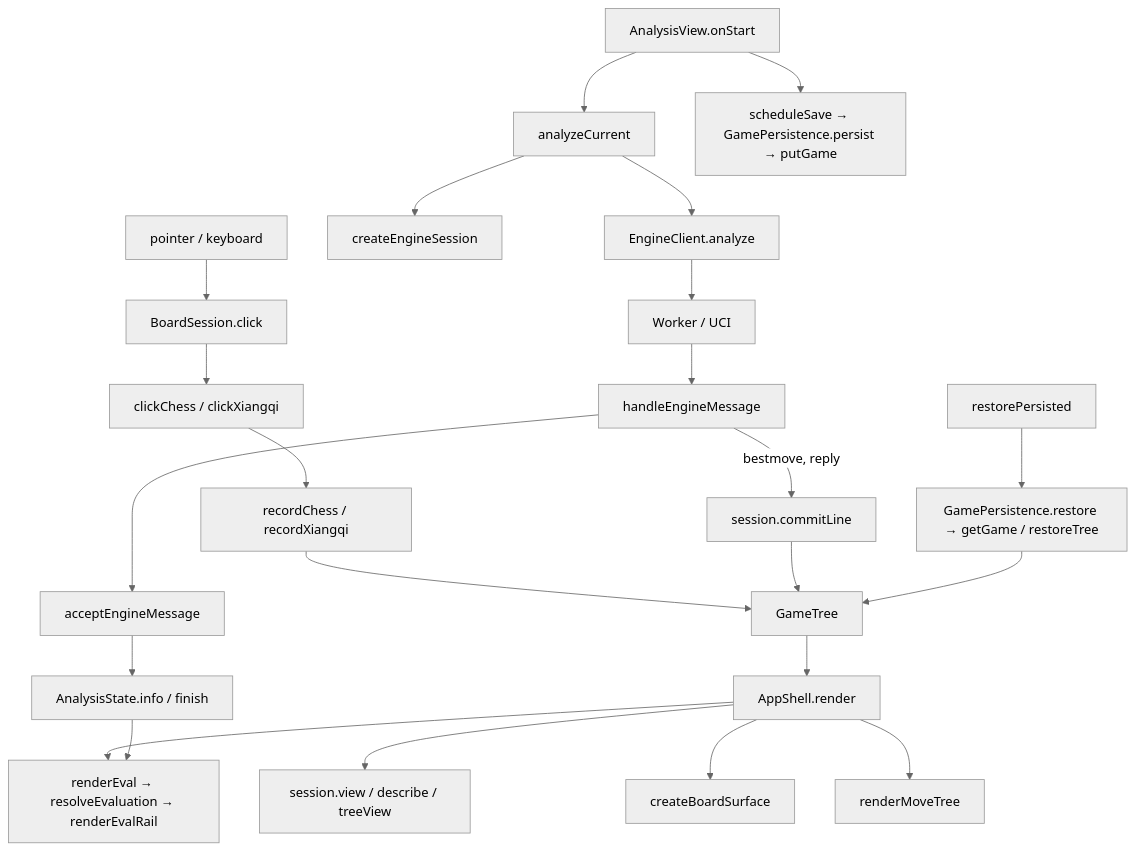
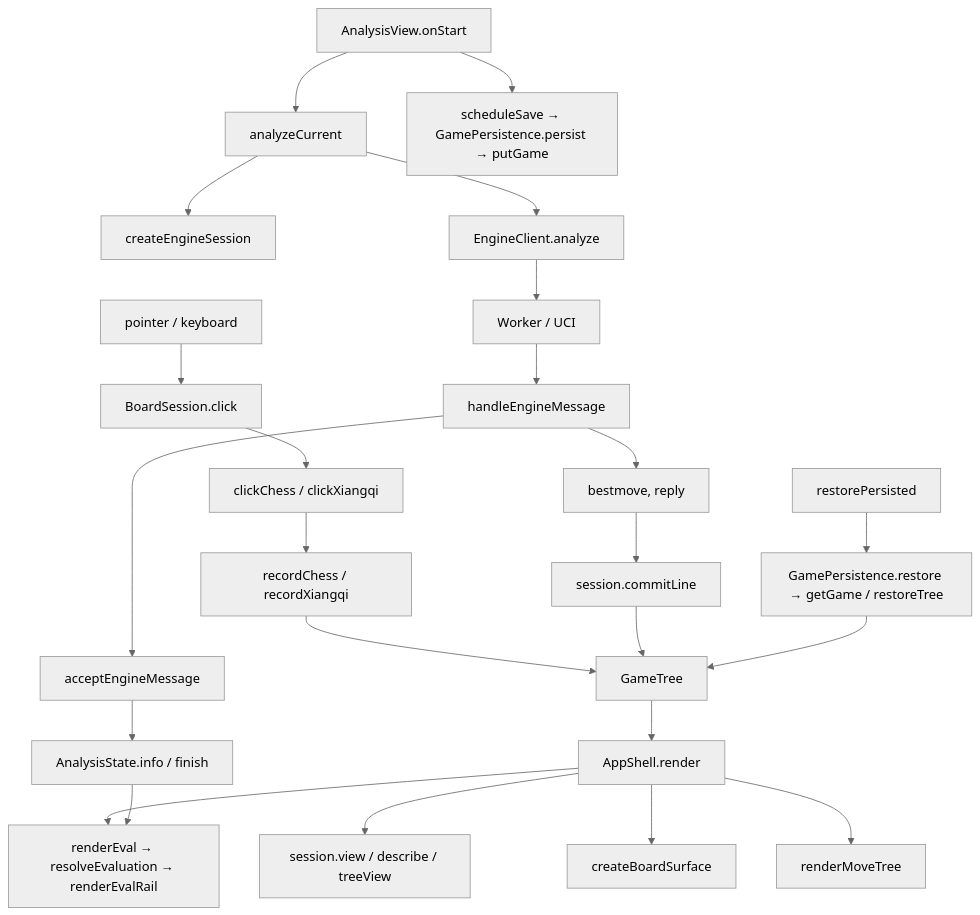
One commit to lulu00147/pCHESS changed the second of 2 diagrams in README.md. Above: the diagram before and after it, drawn with Mermaid (neutral theme).

Commit message:
docs: box reply transition

````diff
--- a/README.md
+++ b/README.md
@@ -69,27 +69,28 @@
 ```mermaid
 flowchart TD
   nInput["pointer / keyboard"] --> nClick["BoardSession.click"]
   nClick --> nBranch["clickChess / clickXiangqi"]
   nBranch --> nRecord["recordChess / recordXiangqi"]
   nRecord --> nTree["GameTree"]
   nTree --> nRender["AppShell.render"]
   nRender --> nView["session.view / describe / treeView"]
   nRender --> nBoard["createBoardSurface"]
   nRender --> nMoves["renderMoveTree"]
   nRender --> nEval["renderEval → resolveEvaluation → renderEvalRail"]
 
   nStart["AnalysisView.onStart"] --> nAnalyze["analyzeCurrent"]
   nAnalyze --> nCreate["createEngineSession"]
   nAnalyze --> nSend["EngineClient.analyze"]
   nSend --> nUci["Worker / UCI"]
   nUci --> nHandle["handleEngineMessage"]
   nHandle --> nGate["acceptEngineMessage"]
   nGate --> nState["AnalysisState.info / finish"]
   nState --> nEval
-  nHandle -->|bestmove, reply| nCommit["session.commitLine"]
+  nHandle --> nReply["bestmove, reply"]
+  nReply --> nCommit["session.commitLine"]
   nCommit --> nTree
 
   nStart --> nSave["scheduleSave → GamePersistence.persist → putGame"]
   nRestore["restorePersisted"] --> nLoad["GamePersistence.restore → getGame / restoreTree"]
   nLoad --> nTree
 ```
````
